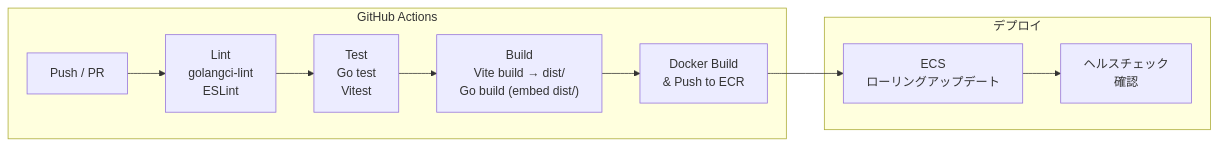
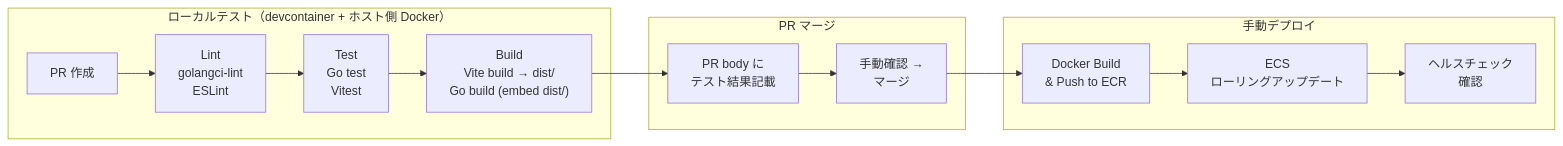
The fifth of 6 diagrams in deliverables/docs/30_arch/diagrams.md (atsuro128/dev-journal), drawn with Mermaid before and after one commit. The commit also changed other lines of this file and 5 other files, not shown here.

````diff
--- a/deliverables/docs/30_arch/diagrams.md
+++ b/deliverables/docs/30_arch/diagrams.md
@@ -197,14 +198,19 @@
 ```mermaid
 graph LR
-    subgraph CI["GitHub Actions"]
-        A["Push / PR"] --> B["Lint<br/>golangci-lint<br/>ESLint"]
+    subgraph LocalCI["ローカルテスト（devcontainer + ホスト側 Docker）"]
+        A["PR 作成"] --> B["Lint<br/>golangci-lint<br/>ESLint"]
         B --> C["Test<br/>Go test<br/>Vitest"]
         C --> D["Build<br/>Vite build → dist/<br/>Go build (embed dist/)"]
-        D --> E["Docker Build<br/>& Push to ECR"]
     end
 
-    subgraph CD["デプロイ"]
-        E --> F["ECS<br/>ローリングアップデート"]
-        F --> G["ヘルスチェック<br/>確認"]
+    subgraph Merge["PR マージ"]
+        D --> E["PR body に<br/>テスト結果記載"]
+        E --> F["手動確認 →<br/>マージ"]
+    end
+
+    subgraph Deploy["手動デプロイ"]
+        F --> G["Docker Build<br/>& Push to ECR"]
+        G --> H["ECS<br/>ローリングアップデート"]
+        H --> I["ヘルスチェック<br/>確認"]
     end
 ```
````
